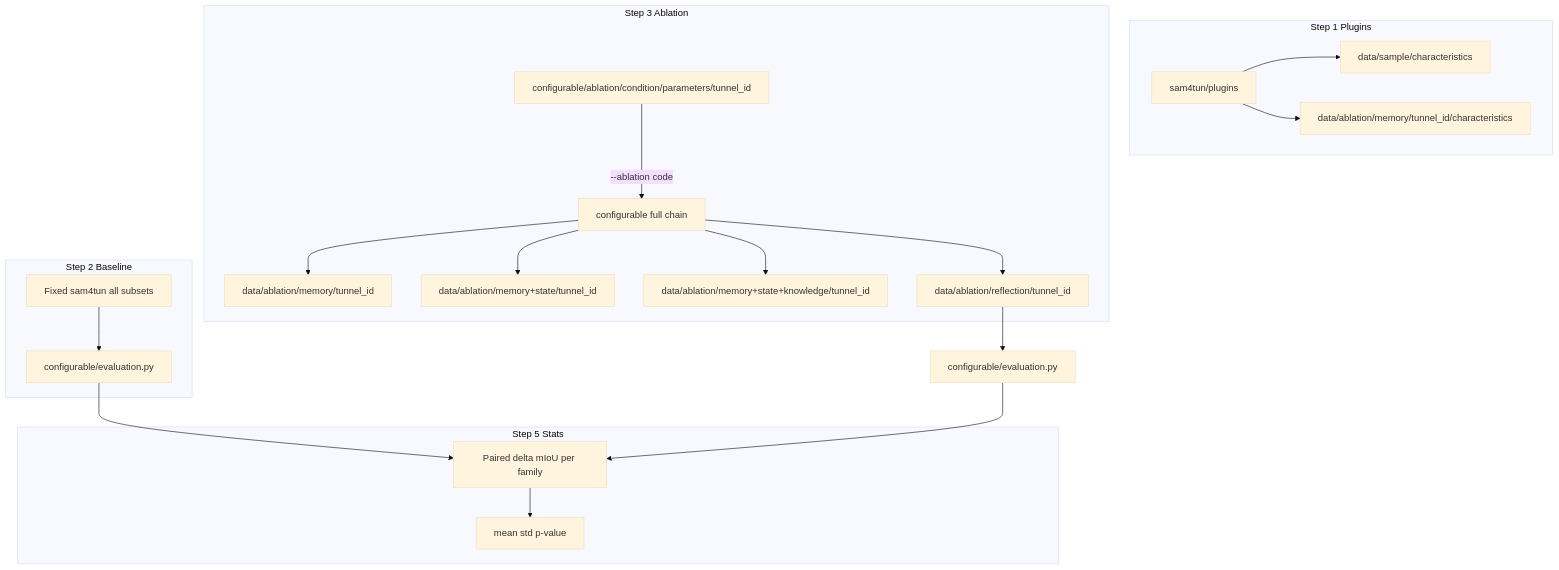
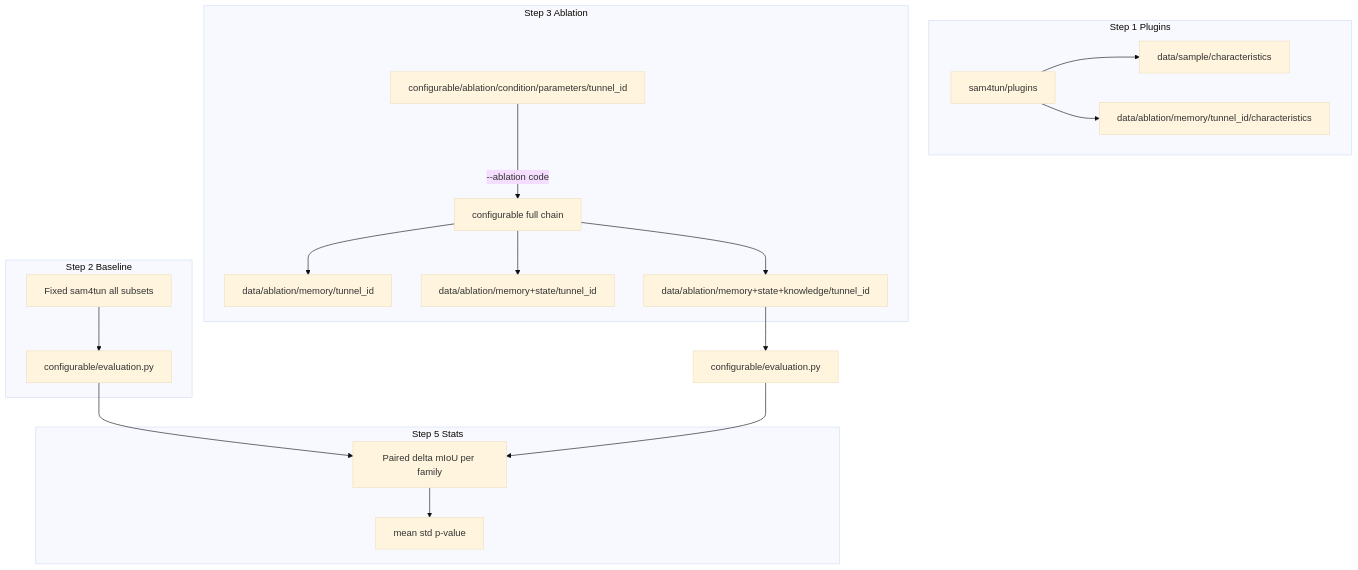
The diagram in methods/plans/steps/00_methodology_chain.md (Tao-Robominds/R4Tun), drawn with Mermaid (base theme) before and after one commit. The commit also changed other lines of this file and 190 other files, not shown here.

````diff
--- a/methods/plans/steps/00_methodology_chain.md
+++ b/methods/plans/steps/00_methodology_chain.md
@@ -143,35 +141,33 @@
 ```mermaid
 flowchart TB
   subgraph plugins [Step 1 Plugins]
     P[sam4tun/plugins]
     S[data/sample/characteristics]
     U[data/ablation/memory/tunnel_id/characteristics]
     P --> S
     P --> U
   end
   subgraph base [Step 2 Baseline]
     B[Fixed sam4tun all subsets]
     E1[configurable/evaluation.py]
     B --> E1
   end
   subgraph abl [Step 3 Ablation]
     C[configurable full chain]
     PA[configurable/ablation/condition/parameters/tunnel_id]
     D1[data/ablation/memory/tunnel_id]
     D2[data/ablation/memory+state/tunnel_id]
     D3[data/ablation/memory+state+knowledge/tunnel_id]
-    D4[data/ablation/reflection/tunnel_id]
     PA -->|"--ablation code"| C
     C --> D1
     C --> D2
     C --> D3
-    C --> D4
   end
   subgraph stats [Step 5 Stats]
     T[Paired delta mIoU per family]
     T --> M[mean std p-value]
   end
   E1 --> T
-  D4 --> E2[configurable/evaluation.py]
+  D3 --> E2[configurable/evaluation.py]
   E2 --> T
 ```
````
